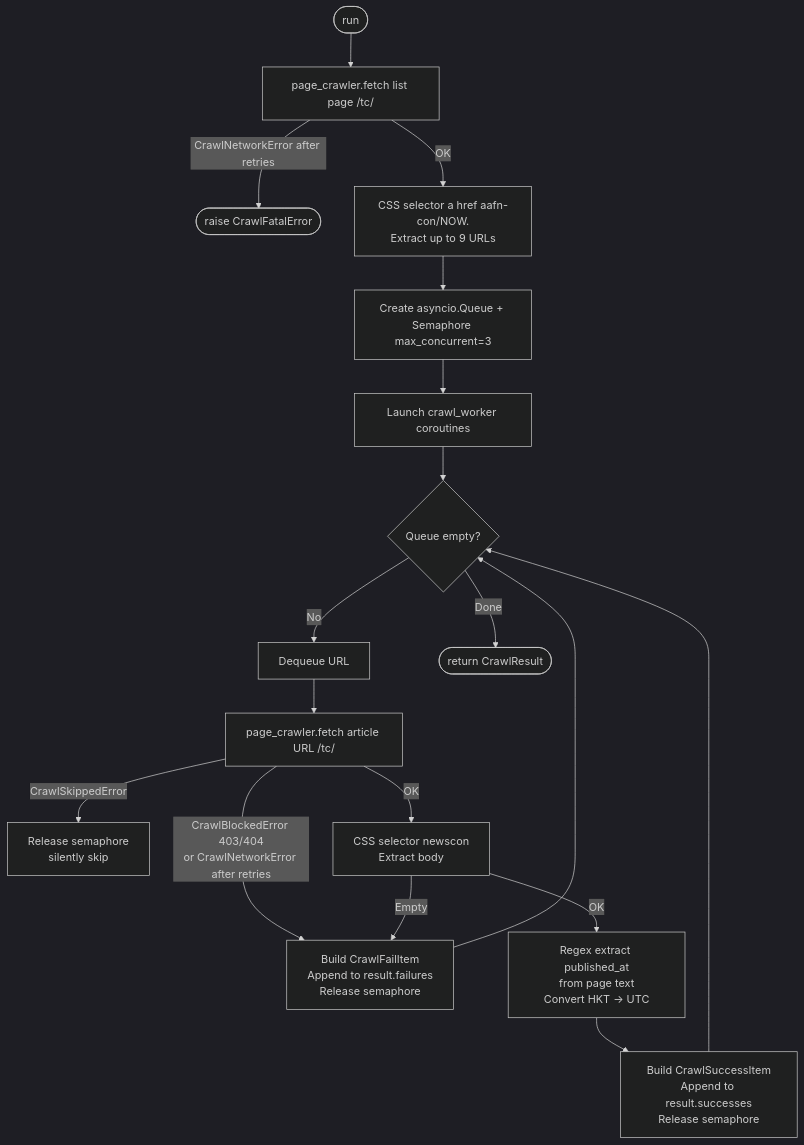
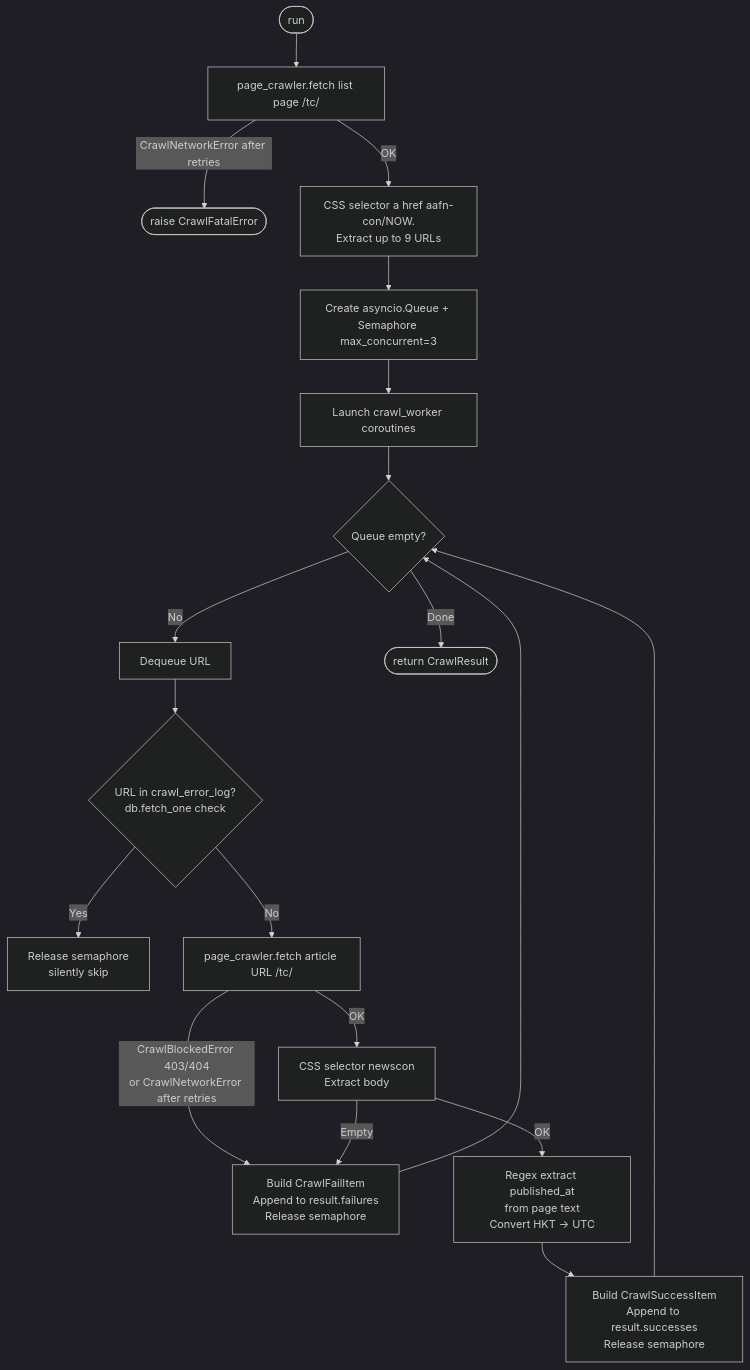
One commit to mars-xiaoyi/wealthfinder changed the eighth of 11 diagrams in stock-assistant-data-ingestion/docs/implementation.md. Above: the diagram before and after it, drawn with Mermaid (dark theme). The commit also changed other lines of this file and 44 other files, not shown here.

````diff
--- a/stock-assistant-data-ingestion/docs/implementation.md
+++ b/stock-assistant-data-ingestion/docs/implementation.md
@@ -1236,19 +1280,20 @@
 ```mermaid
 flowchart TD
     A([run]) --> B[page_crawler.fetch list page /tc/]
     B -->|CrawlNetworkError after retries| C([raise CrawlFatalError])
     B -->|OK| D[CSS selector a href aafn-con/NOW.\nExtract up to 9 URLs]
     D --> E[Create asyncio.Queue + Semaphore max_concurrent=3]
     E --> F[Launch crawl_worker coroutines]
     F --> G{Queue empty?}
     G -->|No| H[Dequeue URL]
-    H --> I[page_crawler.fetch article URL /tc/]
-    I -->|CrawlSkippedError| SKIP[Release semaphore\nsilently skip]
+    H --> CHK{URL in crawl_error_log?\ndb.fetch_one check}
+    CHK -->|Yes| SKIP[Release semaphore\nsilently skip]
+    CHK -->|No| I[page_crawler.fetch article URL /tc/]
     I -->|CrawlBlockedError 403/404\nor CrawlNetworkError after retries| J[Build CrawlFailItem\nAppend to result.failures\nRelease semaphore]
     I -->|OK| K[CSS selector newscon\nExtract body]
     K -->|Empty| J
     K -->|OK| M[Regex extract published_at\nfrom page text\nConvert HKT → UTC]
     M --> N[Build CrawlSuccessItem\nAppend to result.successes\nRelease semaphore]
     J & N --> G
     G -->|Done| R([return CrawlResult])
 ```
````
